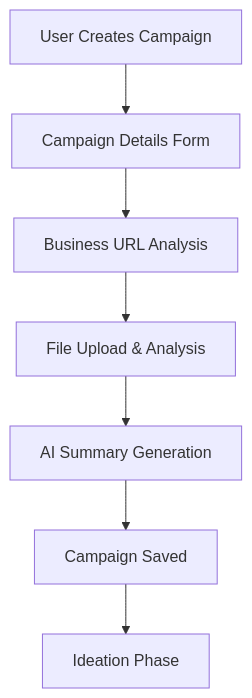
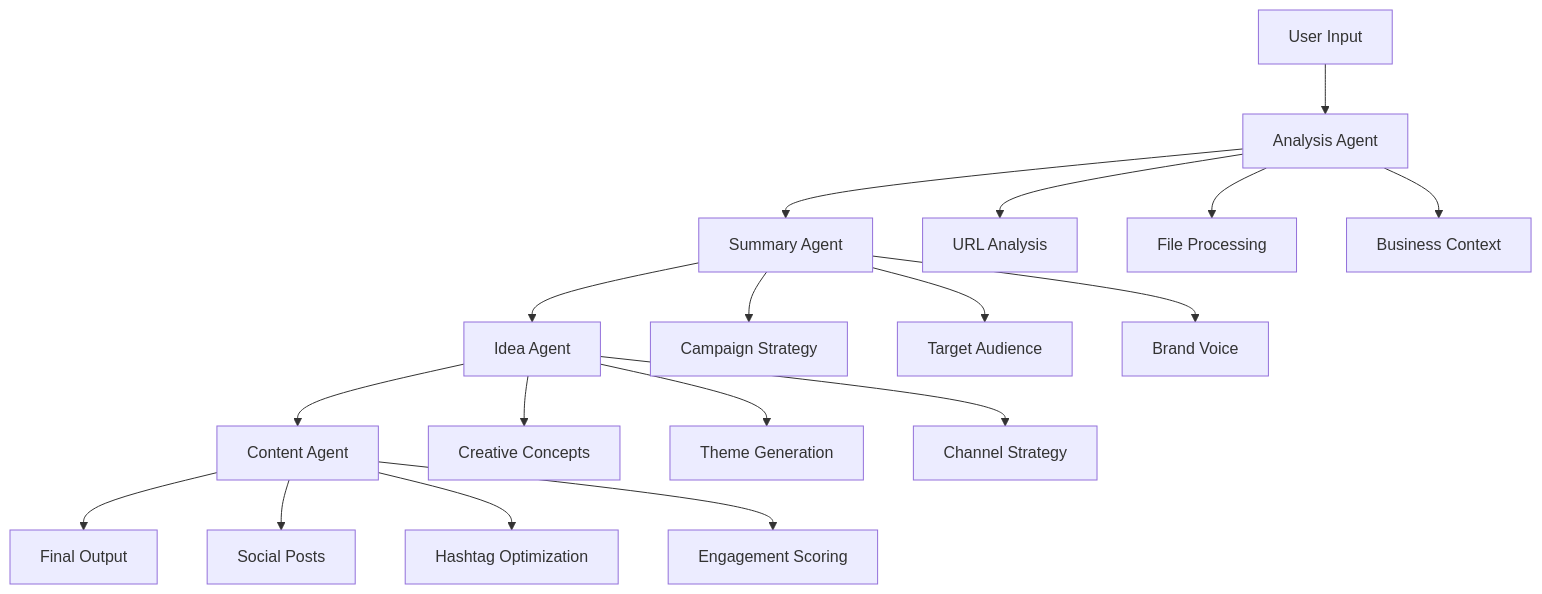
The second of 2 diagrams in README.md (yongkanghe/Agentic-Marketing-Campaign-Generator), drawn with Mermaid before and after one commit. The commit also changed other lines of this file, not shown here.

````diff
--- a/README.md
+++ b/README.md
@@ -223,9 +105,24 @@
 ```mermaid
 flowchart TD
-    A[User Creates Campaign] --> B[Campaign Details Form]
-    B --> C[Business URL Analysis]
-    C --> D[File Upload & Analysis]
-    D --> E[AI Summary Generation]
-    E --> F[Campaign Saved]
-    F --> G[Ideation Phase]
+    A[User Input] --> B[Analysis Agent]
+    B --> C[Summary Agent]
+    C --> D[Idea Agent]
+    D --> E[Content Agent]
+    E --> F[Final Output]
+    
+    B --> B1[URL Analysis]
+    B --> B2[File Processing]
+    B --> B3[Business Context]
+    
+    C --> C1[Campaign Strategy]
+    C --> C2[Target Audience]
+    C --> C3[Brand Voice]
+    
+    D --> D1[Creative Concepts]
+    D --> D2[Theme Generation]
+    D --> D3[Channel Strategy]
+    
+    E --> E1[Social Posts]
+    E --> E2[Hashtag Optimization]
+    E --> E3[Engagement Scoring]
 ```
````
